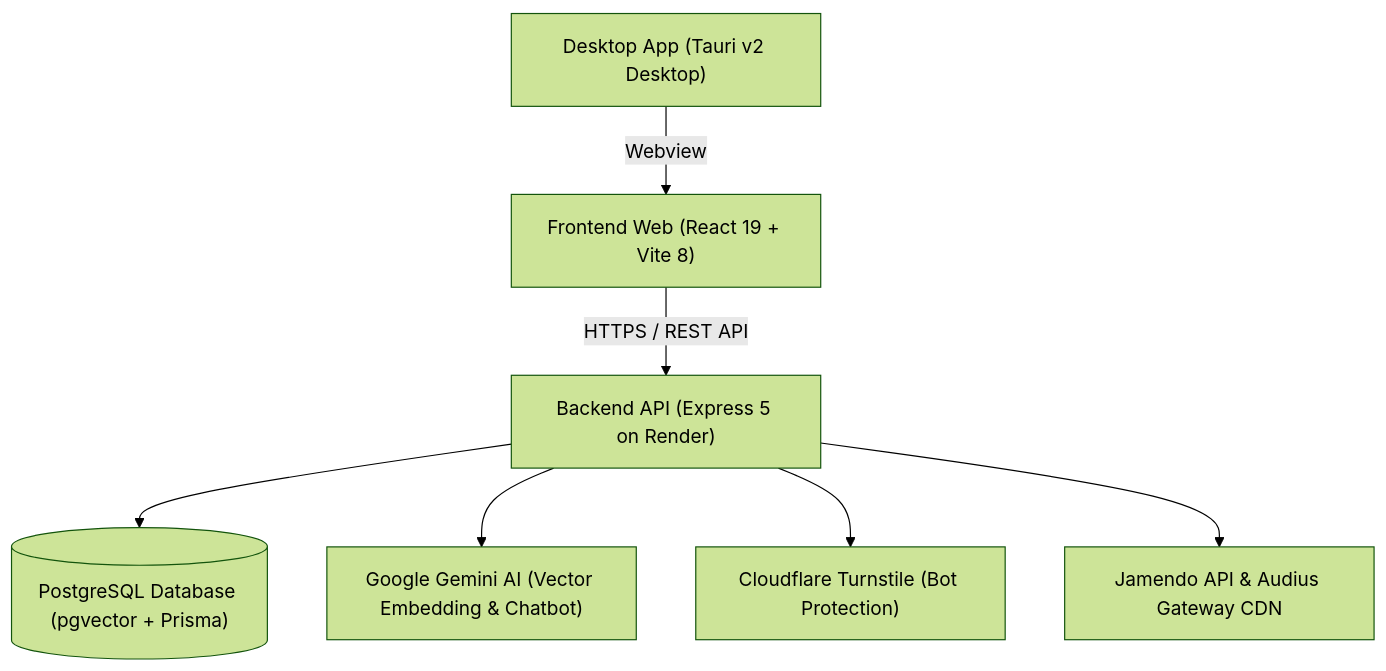
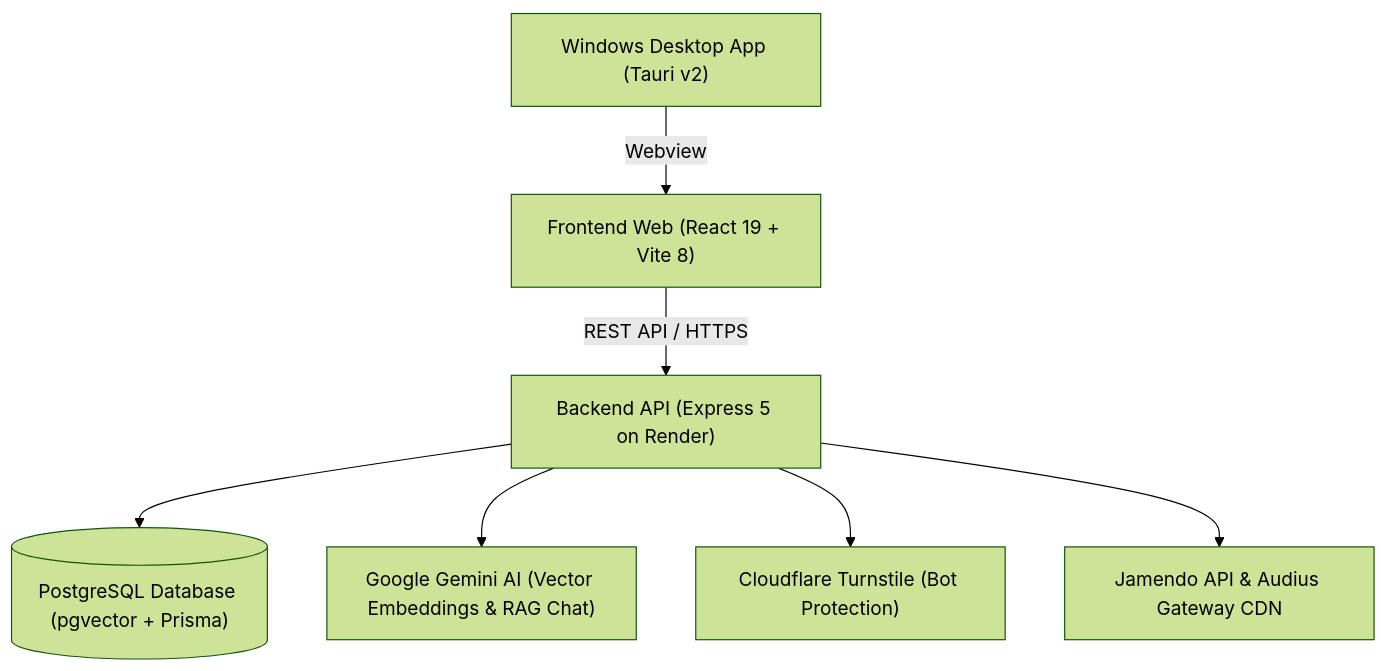
Before and after one commit to minhthien435/JamWave: the diagram in README.md, drawn with Mermaid (forest theme). The commit also changed other lines of this file, not shown here.

Commit message:
docs(readme): rewrite README in English with accurate Windows Desktop Tauri specification and complete feature guide

````diff
--- a/README.md
+++ b/README.md
@@ -48,9 +48,9 @@
 ```mermaid
 graph TD
-    Client["Frontend Web (React 19 + Vite 8)"] -->|HTTPS / REST API| Server["Backend API (Express 5 on Render)"]
-    Desktop["Desktop App (Tauri v2 Desktop)"] -->|Webview| Client
+    Client["Frontend Web (React 19 + Vite 8)"] -->|REST API / HTTPS| Server["Backend API (Express 5 on Render)"]
+    Desktop["Windows Desktop App (Tauri v2)"] -->|Webview| Client
     Server --> DB[("PostgreSQL Database (pgvector + Prisma)")]
-    Server --> AI["Google Gemini AI (Vector Embedding & Chatbot)"]
+    Server --> AI["Google Gemini AI (Vector Embeddings & RAG Chat)"]
     Server --> Cloudflare["Cloudflare Turnstile (Bot Protection)"]
     Server --> MusicCDN["Jamendo API & Audius Gateway CDN"]
 ```
````
